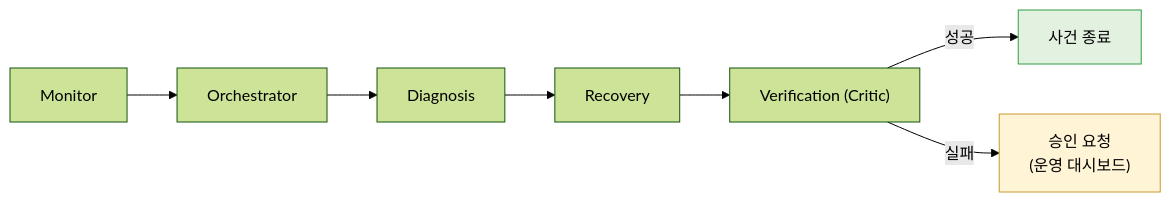
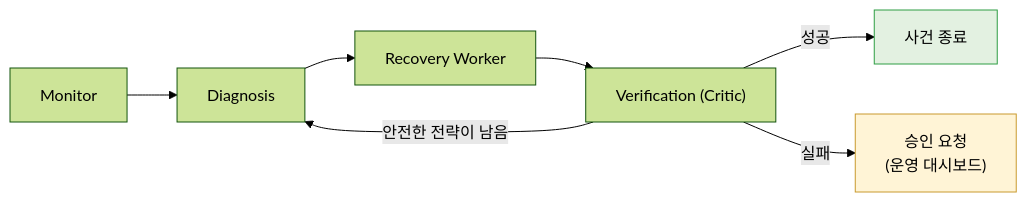
One commit to 931njhthe-star/moa changed the fifth of 8 diagrams in docs/기획서.md. Above: the diagram before and after it, drawn with Mermaid (forest theme). The commit also changed other lines of this file and 1 other file, not shown here.

````diff
--- a/docs/기획서.md
+++ b/docs/기획서.md
@@ -177,8 +211,9 @@
 ```mermaid
 flowchart LR
-    M[Monitor] --> O[Orchestrator] --> D[Diagnosis] --> R[Recovery] --> V["Verification (Critic)"]
+    M[Monitor] --> D[Diagnosis] --> R[Recovery Worker] --> V["Verification (Critic)"]
     V -->|성공| E["사건 종료"]
+    V -->|"안전한 전략이 남음"| D
     V -->|실패| N["승인 요청<br/>(운영 대시보드)"]
     style N fill:#FFF4D6,stroke:#C99A2E
     style E fill:#E3F1E1,stroke:#2E9E44
 ```
````
